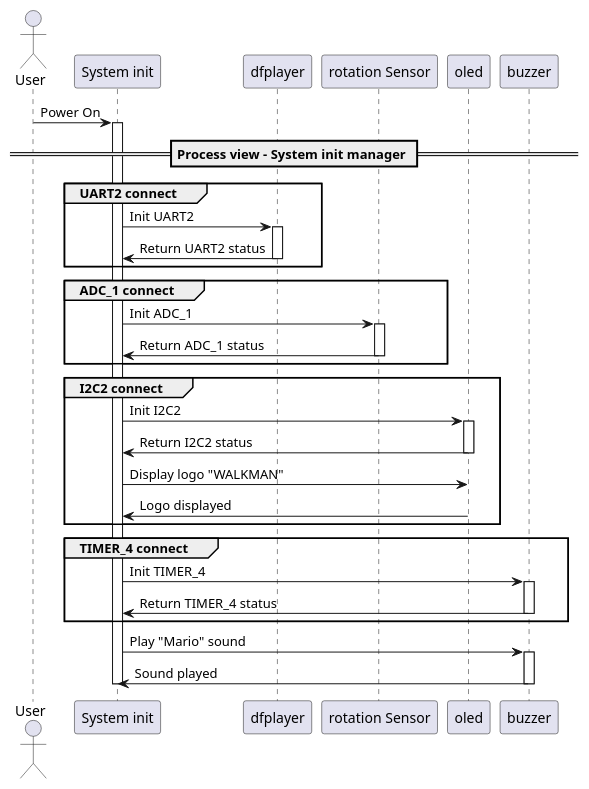
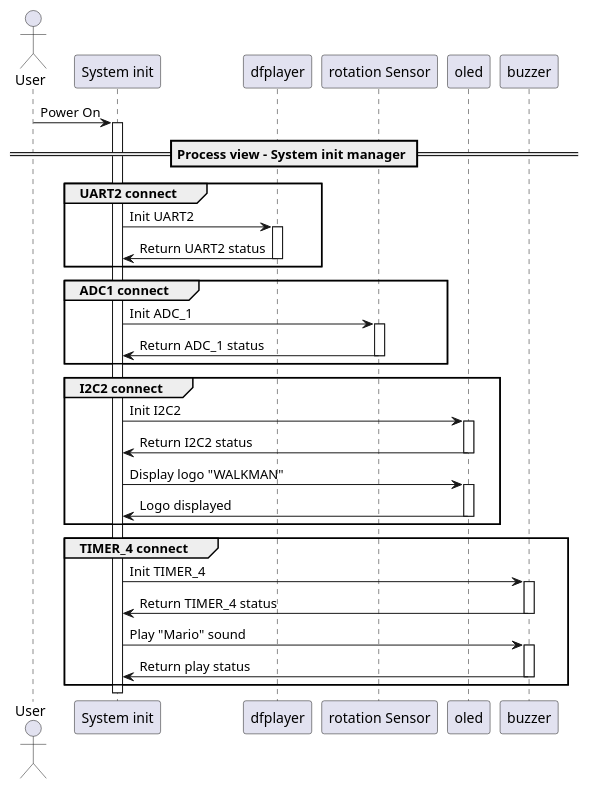
Before and after one commit to toannguyentien-itr-intern/MP3_Player: the diagram in Documents/Seqence_diagram/Initialzation.wsd, drawn with PlantUML.

Commit message:
Update: Optimize the group TIMER_4 connect

```diff
--- a/Documents/Seqence_diagram/Initialzation.wsd
+++ b/Documents/Seqence_diagram/Initialzation.wsd
@@ -1,56 +1,55 @@
 @startuml Initialization
 
 actor User
 participant "System init"   as    MainSystem
 participant DFPlayer        as    "dfplayer"
 participant RotationSensor  as    "rotation Sensor" 
 participant OLED            as    "oled"
 participant Buzzer          as    "buzzer"
 
 
 User -> MainSystem: Power On
 activate MainSystem
 
 == Process view - System init manager ==
 
 
 group UART2 connect
 MainSystem -> DFPlayer: Init UART2
 activate DFPlayer
 DFPlayer -> MainSystem: Return UART2 status
 deactivate DFPlayer
 end
 
-group ADC_1 connect
+group ADC1 connect
 MainSystem -> RotationSensor: Init ADC_1
 activate RotationSensor
 RotationSensor -> MainSystem: Return ADC_1 status
 deactivate RotationSensor
 end
 
 group I2C2 connect
 MainSystem -> OLED: Init I2C2 
 activate OLED
 OLED -> MainSystem: Return I2C2 status
 deactivate OLED
 MainSystem -> OLED: Display logo "WALKMAN"
+activate OLED
 OLED -> MainSystem: Logo displayed
+deactivate OLED
 end
-
-
-
 
 group TIMER_4 connect
 MainSystem -> Buzzer: Init TIMER_4
 activate Buzzer
 Buzzer -> MainSystem: Return TIMER_4 status
 deactivate Buzzer
+MainSystem -> Buzzer: Play "Mario" sound
+activate Buzzer
+Buzzer -> MainSystem: Return play status
+deactivate Buzzer
 end
 
-MainSystem -> Buzzer: Play "Mario" sound
-activate Buzzer
-Buzzer -> MainSystem: Sound played
-deactivate Buzzer
 
-deactivate MainSystem
+' deactivate MainSystem
 @enduml
```
